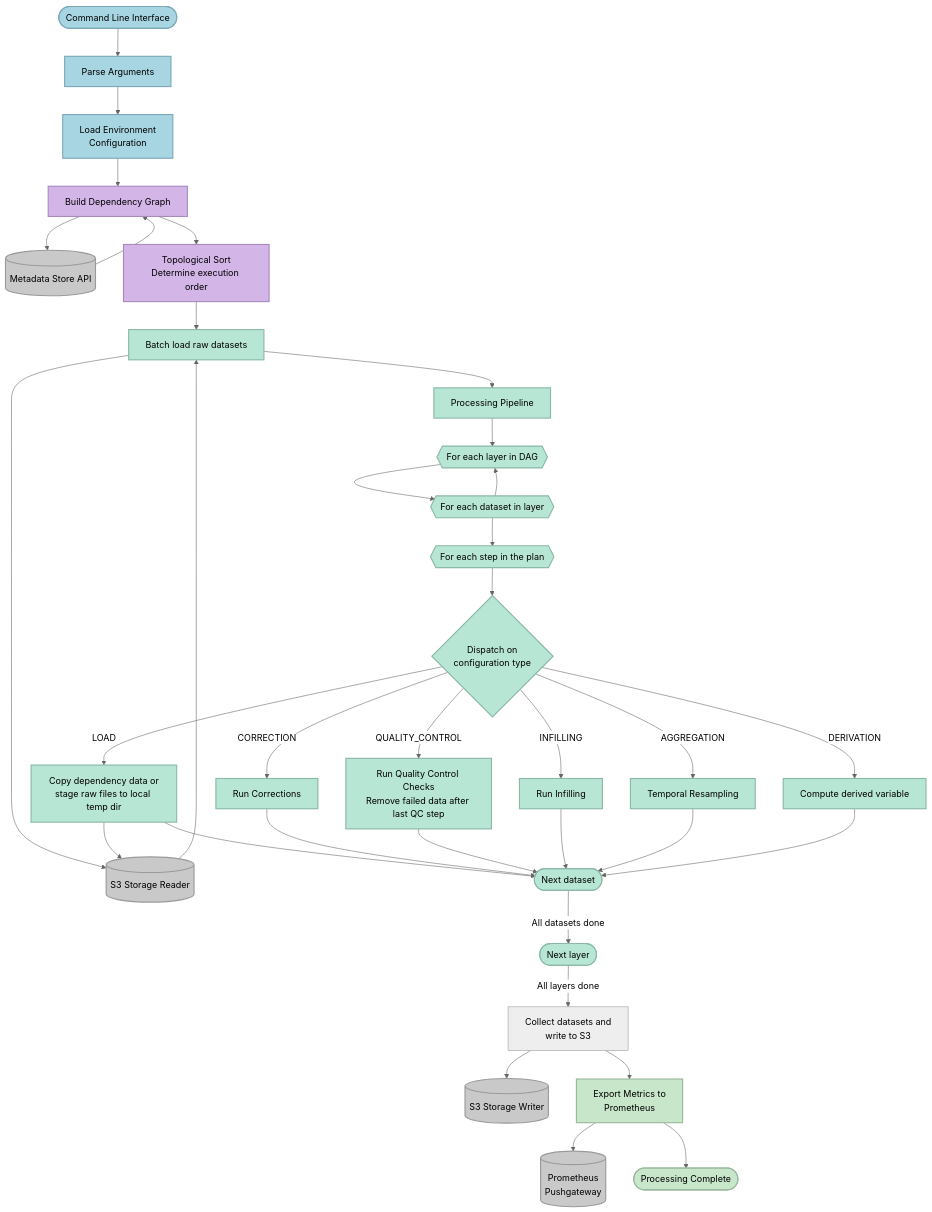
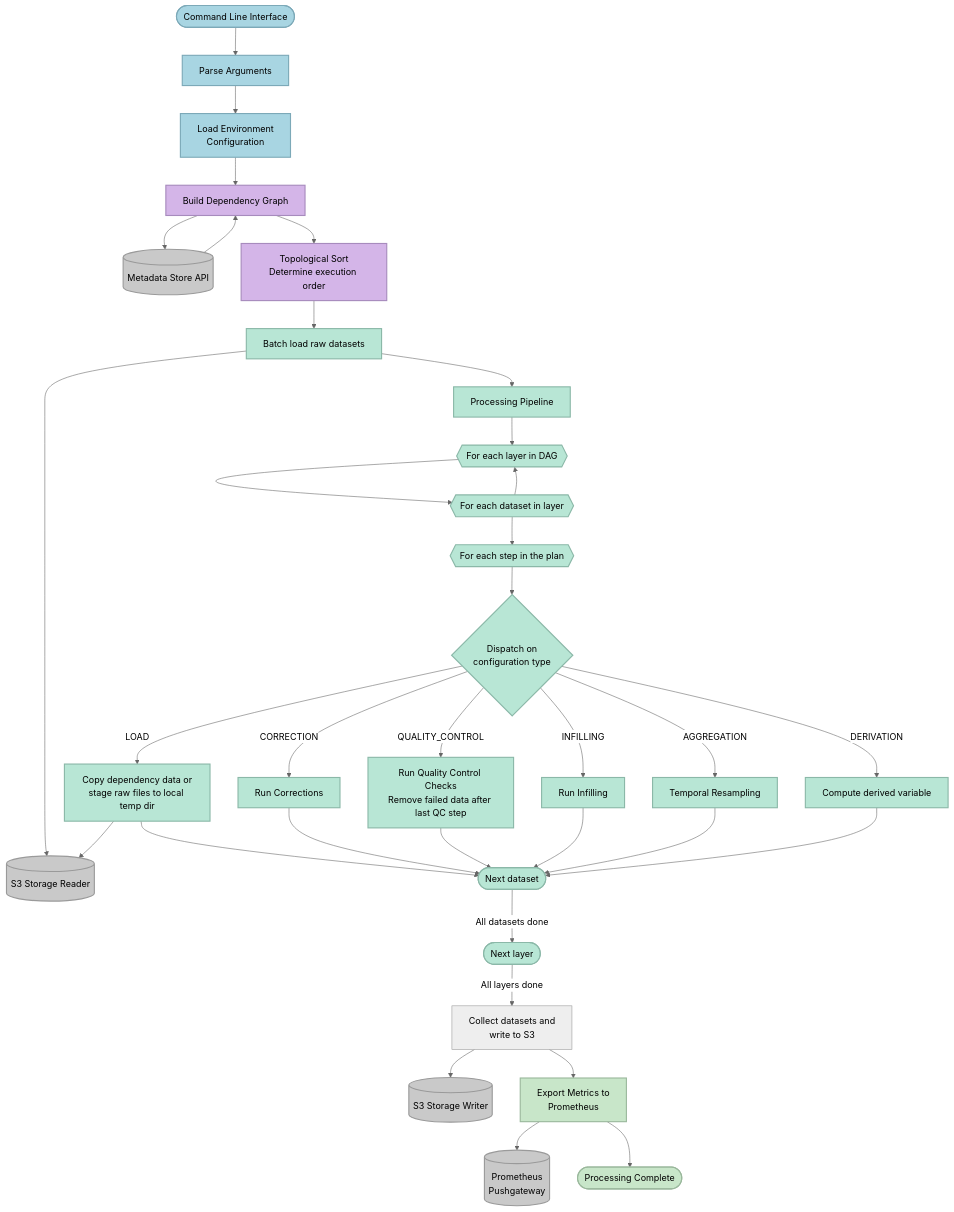
Before and after one commit to NERC-CEH/dri-timeseries-processor: the first of 2 diagrams in docs/architecture.md, drawn with Mermaid (neutral theme).

Commit message:
Mermaid diagram update 2

````diff
--- a/docs/architecture.md
+++ b/docs/architecture.md
@@ -9,62 +9,61 @@
 ```mermaid
 flowchart TD
 Start([Command Line Interface]) --> Parse[Parse Arguments]
 Parse --> LoadConfig[Load Environment<br />Configuration]
 
 LoadConfig --> BuildDAG[Build Dependency Graph]
 BuildDAG --> MetaAPI[(Metadata Store API)]
 MetaAPI --> BuildDAG
 BuildDAG --> TopoSort[Topological Sort<br/>Determine execution order]
 
 TopoSort --> BatchLoad[Batch load raw datasets]
 BatchLoad --> S3Reader[(S3 Storage Reader)]
-S3Reader --> BatchLoad
 
 BatchLoad --> Pipeline[Processing Pipeline]
 Pipeline --> StartLayer{{For each layer in DAG}}
 StartLayer --> StartProc{{For each dataset in layer}}
 StartProc --> StartLayer
 
 StartProc --> StartStep{{For each step in the plan}}
 StartStep --> CheckType{Dispatch on<br/>configuration type}
 
 CheckType -->|LOAD| RunLoad[Copy dependency data or<br/>stage raw files to local temp dir]
 RunLoad --> S3Reader
 RunLoad --> NextDataset
 
 CheckType -->|CORRECTION| RunCorr[Run Corrections]
 RunCorr --> NextDataset
 
 CheckType -->|QUALITY_CONTROL| RunQC[Run Quality Control Checks<br/>Remove failed data after last QC step]
 RunQC --> NextDataset
 
 CheckType -->|INFILLING| RunInfill[Run Infilling]
 RunInfill --> NextDataset
 
 CheckType -->|AGGREGATION| Resample[Temporal Resampling]
 Resample --> NextDataset
 
 CheckType -->|DERIVATION| Compute[Compute derived variable]
 Compute --> NextDataset
 
 NextDataset([Next dataset])
 NextDataset -->|All datasets done| NextLayer
 NextLayer([Next layer])
 NextLayer -->|All layers done| SaveDatasets[Collect datasets and<br />write to S3]
 SaveDatasets --> S3Writer[(S3 Storage Writer)]
 SaveDatasets --> ExportMetrics[Export Metrics to<br />Prometheus]
 ExportMetrics --> PrometheusGW[(Prometheus<br/>Pushgateway)]
 ExportMetrics --> Done([Processing Complete])
 
 classDef setup fill:#A8D5E2,stroke:#7CA9B8,stroke-width:2px
 classDef orchestration fill:#D4B5E8,stroke:#A78BBD,stroke-width:2px
 classDef processing fill:#B8E6D5,stroke:#8BB8A8,stroke-width:2px
 classDef storage fill:#C9C9C9,stroke:#9A9A9A,stroke-width:2px
 classDef completion fill:#C8E6C9,stroke:#9AB89C,stroke-width:2px
 
 class Start,Parse,LoadConfig setup
 class BuildDAG,TopoSort orchestration
 class Pipeline,CheckType,StartLayer,StartProc,StartStep,BatchLoad,RunLoad,RunCorr,RunQC,RunInfill,Resample,Compute,NextDataset,NextLayer processing
 class MetaAPI,S3Reader,S3Writer,PrometheusGW storage
 class ExportMetrics,Done completion
 ```
````
